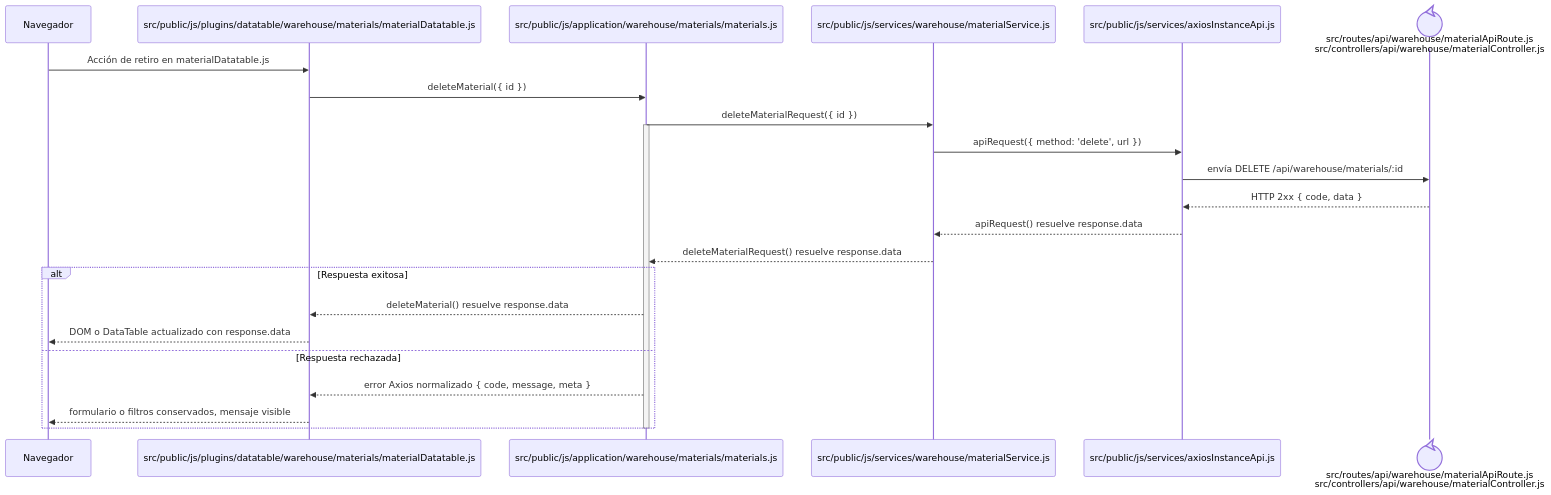
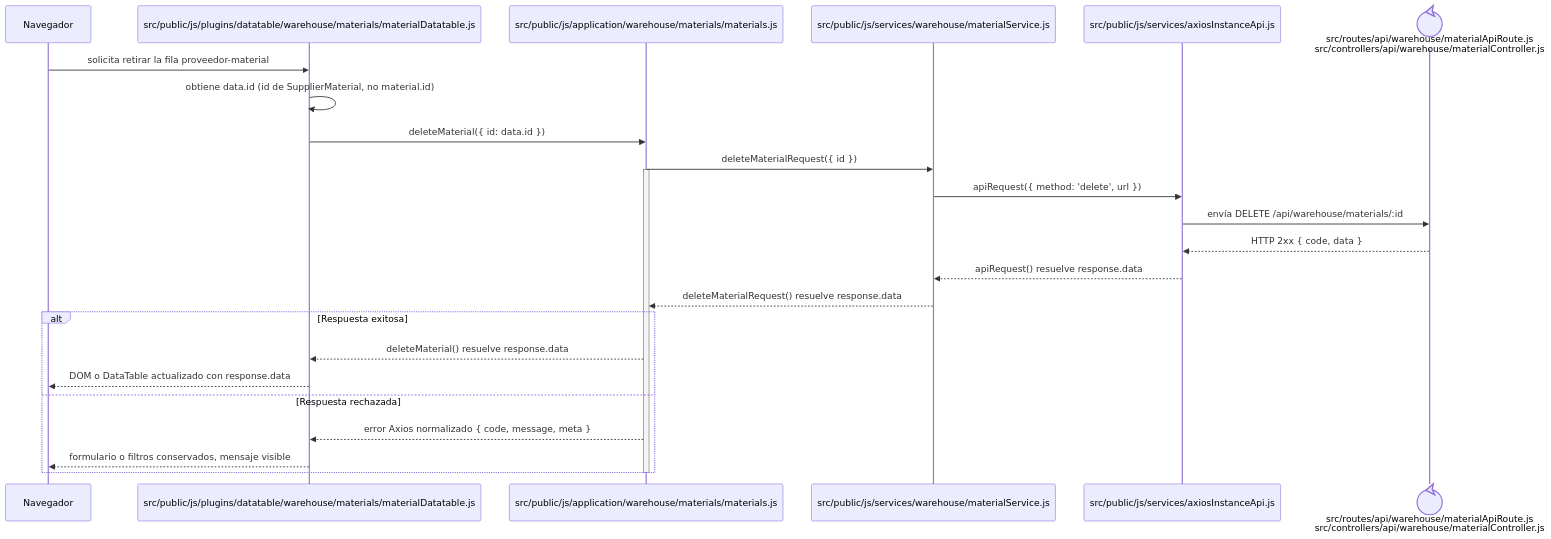
The diagram in docs/architecture/frontend-code-sequences/catalogs/cu-alm-04.md (gpgsistemas01/nexus), drawn with Mermaid before and after one commit. The commit also changed other lines of this file and 7 other files, not shown here.

Commit message:
docs: synchronize material contracts and diagrams

````diff
--- a/docs/architecture/frontend-code-sequences/catalogs/cu-alm-04.md
+++ b/docs/architecture/frontend-code-sequences/catalogs/cu-alm-04.md
@@ -6,27 +6,28 @@
 ```mermaid
 sequenceDiagram
     participant Browser as Navegador
     participant View as src/public/js/plugins/datatable/warehouse/materials/materialDatatable.js
     participant Application as src/public/js/application/warehouse/materials/materials.js
     participant Request as src/public/js/services/warehouse/materialService.js
     participant HTTP as src/public/js/services/axiosInstanceApi.js
     participant Transport@{ "type": "control" } as src/routes/api/warehouse/materialApiRoute.js<br/>src/controllers/api/warehouse/materialController.js
 
-    Browser->>View: Acción de retiro en materialDatatable.js
-    View->>Application: deleteMaterial({ id })
+    Browser->>View: solicita retirar la fila proveedor-material
+    View->>View: obtiene data.id (id de SupplierMaterial, no material.id)
+    View->>Application: deleteMaterial({ id: data.id })
     Application->>Request: deleteMaterialRequest({ id })
     activate Application
     Request->>HTTP: apiRequest({ method: 'delete', url })
     HTTP->>Transport: envía DELETE /api/warehouse/materials/:id
     Transport-->>HTTP: HTTP 2xx { code, data }
     HTTP-->>Request: apiRequest() resuelve response.data
     Request-->>Application: deleteMaterialRequest() resuelve response.data
     alt Respuesta exitosa
         Application-->>View: deleteMaterial() resuelve response.data
         View-->>Browser: DOM o DataTable actualizado con response.data
     else Respuesta rechazada
         Application-->>View: error Axios normalizado { code, message, meta }
         View-->>Browser: formulario o filtros conservados, mensaje visible
     end
     deactivate Application
 ```
````
